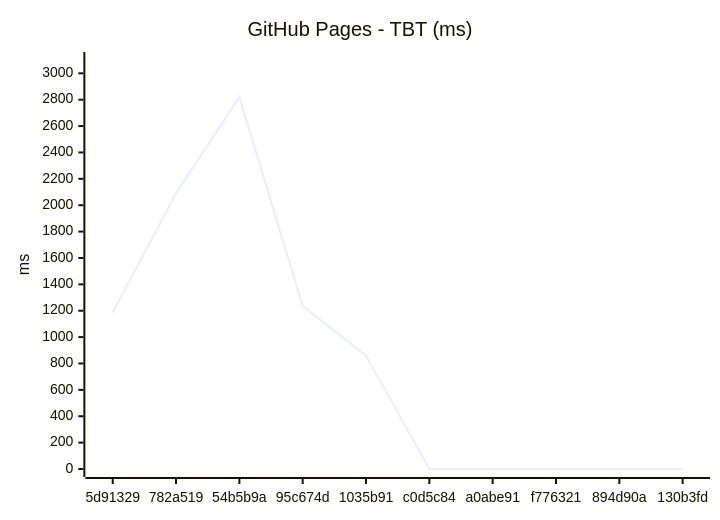
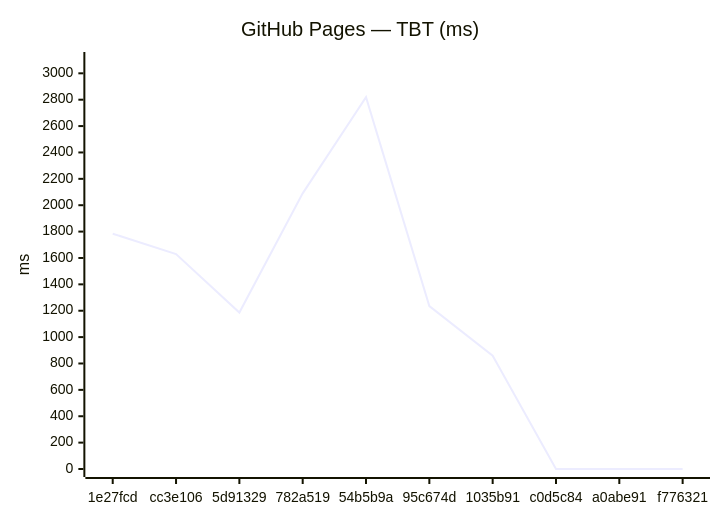
The fourth of 18 diagrams in benchmarks/compare.md (Metaheurist/Rianell), drawn with Mermaid before and after one commit. The commit also changed other lines of this file and 12 other files, not shown here.

````diff
--- a/benchmarks/compare.md
+++ b/benchmarks/compare.md
@@ -61,7 +61,7 @@
 ```mermaid
 xychart-beta
-    title "GitHub Pages - TBT (ms)"
-    x-axis ["5d91329", "782a519", "54b5b9a", "95c674d", "1035b91", "c0d5c84", "a0abe91", "f776321", "894d90a", "130b3fd"]
+    title "GitHub Pages — TBT (ms)"
+    x-axis ["1e27fcd", "cc3e106", "5d91329", "782a519", "54b5b9a", "95c674d", "1035b91", "c0d5c84", "a0abe91", "f776321"]
     y-axis "ms" 0 --> 3101
-    line [1186, 2090, 2819, 1235, 859, 0, 0, 0, 0, 0]
+    line [1784, 1630, 1186, 2090, 2819, 1235, 859, 0, 0, 0]
 ```
````
